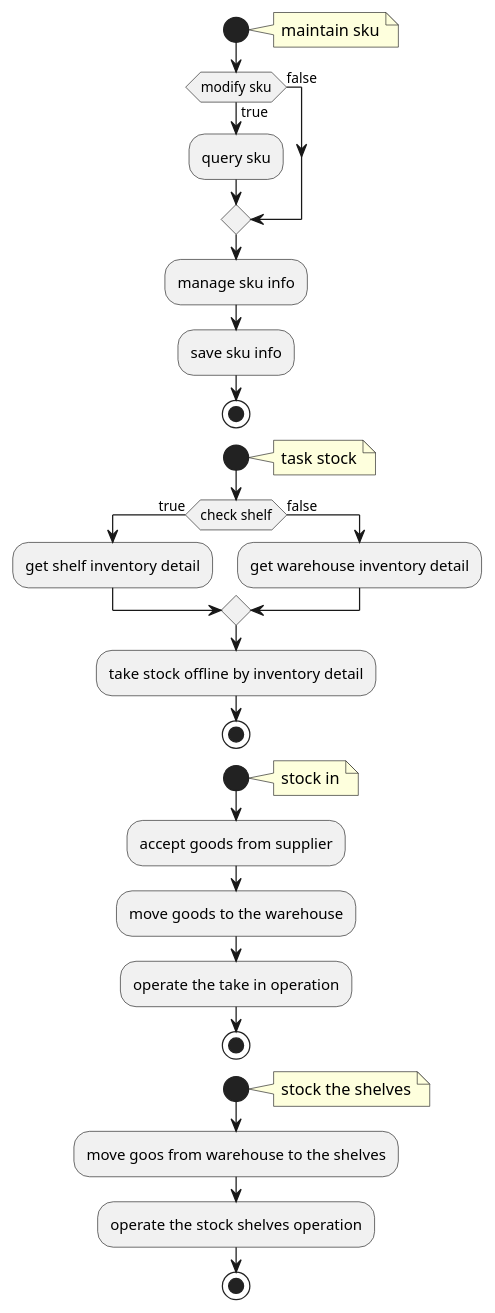
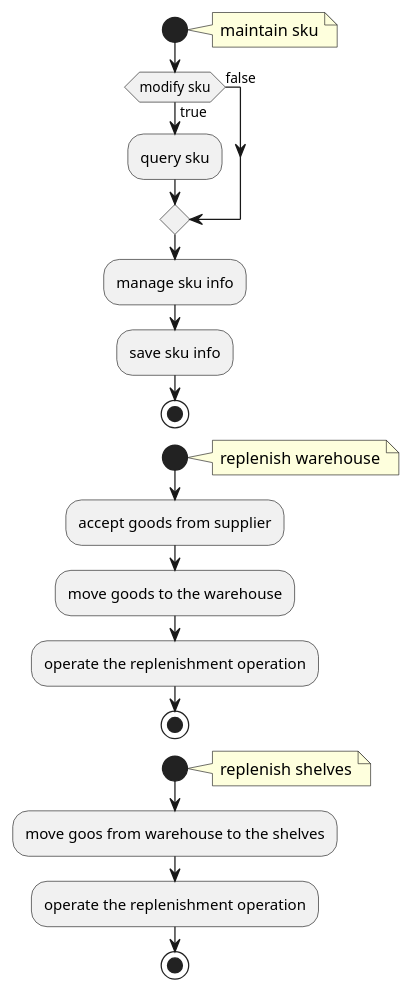
The first of 4 diagrams in uml/2. activity.puml (Jeromefromcn/JavaFinalProject8020), drawn with PlantUML before and after one commit. The commit also changed other lines of this file and 6 other files, not shown here.

```diff
--- a/uml/2. activity.puml
+++ b/uml/2. activity.puml
@@ -1,45 +1,45 @@
 @startuml staff
 'https://plantuml.com/activity-diagram-beta
 
 start
     note right
     maintain sku
     end note
 if (modify sku) then (true)
     :query sku;
 else (false)
 endif
 
 :manage sku info;
 :save sku info;
 stop
 
+'start
+'    note right
+'    task stock
+'    end note
+'if (check shelf) then (true)
+'    :get shelf inventory detail;
+'else (false)
+'    :get warehouse inventory detail;
+'endif
+':take stock offline by inventory detail;
+'stop
+
 start
     note right
-    task stock
+    replenish warehouse
     end note
-if (check shelf) then (true)
-    :get shelf inventory detail;
-else (false)
-    :get warehouse inventory detail;
-endif
-:take stock offline by inventory detail;
+:accept goods from supplier;
+:move goods to the warehouse;
+:operate the replenishment operation;
 stop
 
 start
     note right
-    stock in
-    end note
-:accept goods from supplier;
-:move goods to the warehouse;
-:operate the take in operation;
-stop
-
-start
-    note right
-    stock the shelves
+    replenish shelves
     end note
 :move goos from warehouse to the shelves;
-:operate the stock shelves operation;
+:operate the replenishment operation;
 stop
 @enduml
```
